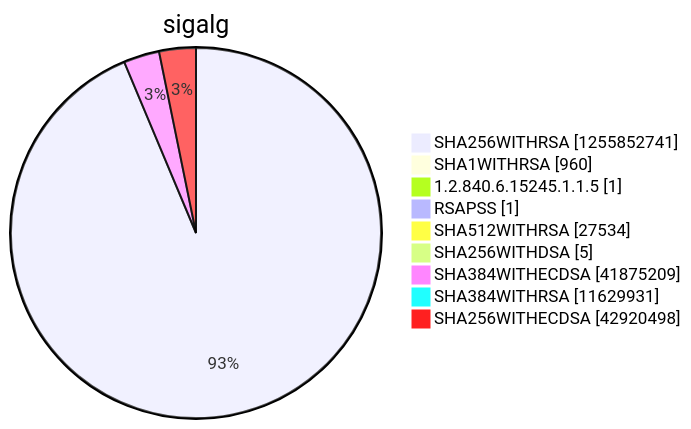
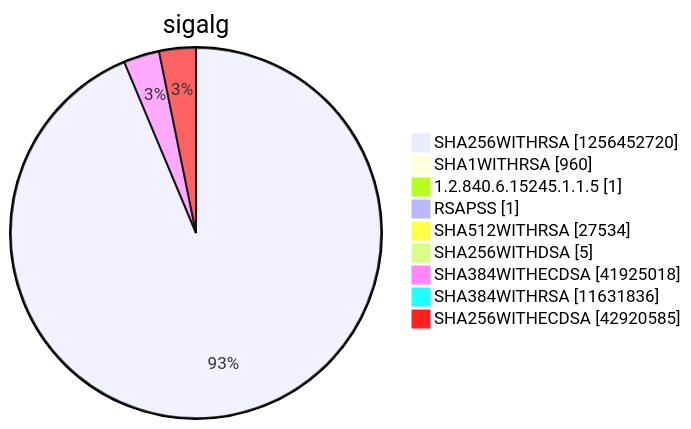
Diagram 15 of 15 in argon2022/README.md (christiankrug/ctmonitor_visualization), drawn with Mermaid before and after one commit. The commit also changed other lines of this file, not shown here.

````diff
--- a/argon2022/README.md
+++ b/argon2022/README.md
@@ -5522,13 +5522,13 @@
 ```mermaid
 pie showData
 title sigalg
-"SHA256WITHRSA" :1255852741
+"SHA256WITHRSA" :1256452720
 "SHA1WITHRSA" :960
 "1.2.840.6.15245.1.1.5" :1
 "RSAPSS" :1
 "SHA512WITHRSA" :27534
 "SHA256WITHDSA" :5
-"SHA384WITHECDSA" :41875209
-"SHA384WITHRSA" :11629931
-"SHA256WITHECDSA" :42920498
+"SHA384WITHECDSA" :41925018
+"SHA384WITHRSA" :11631836
+"SHA256WITHECDSA" :42920585
 ```
````
